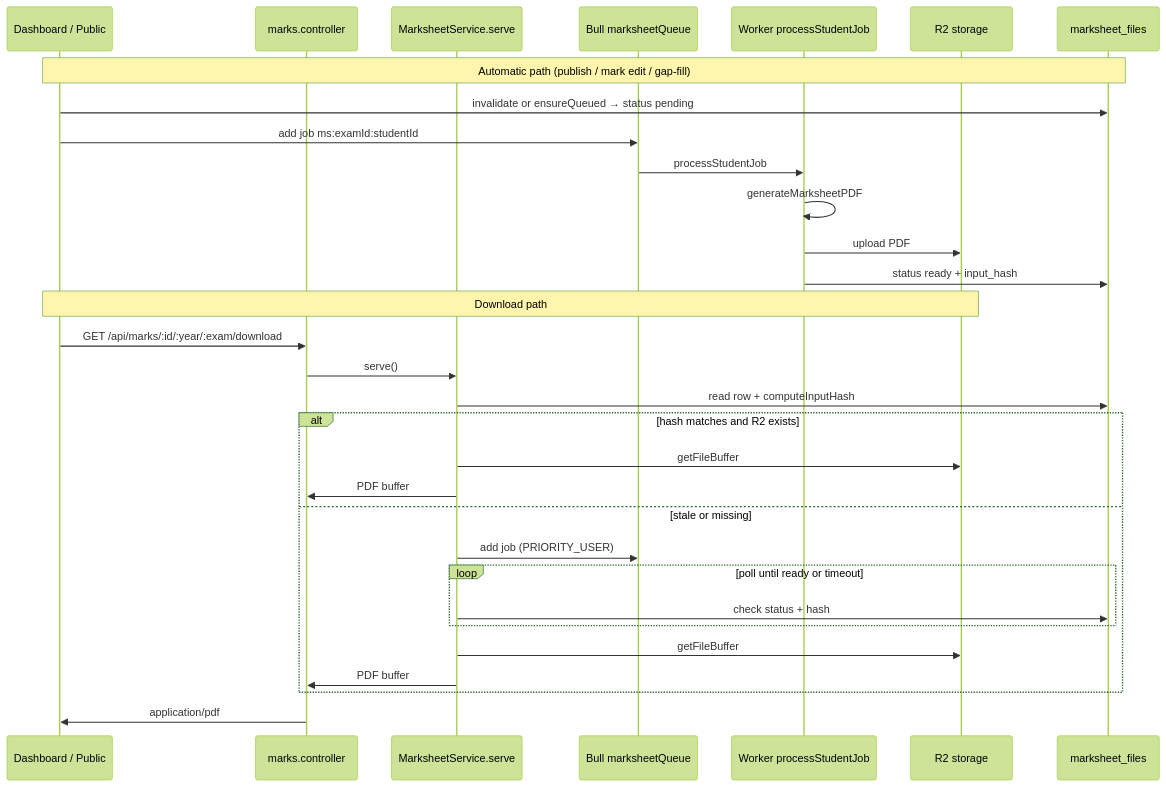
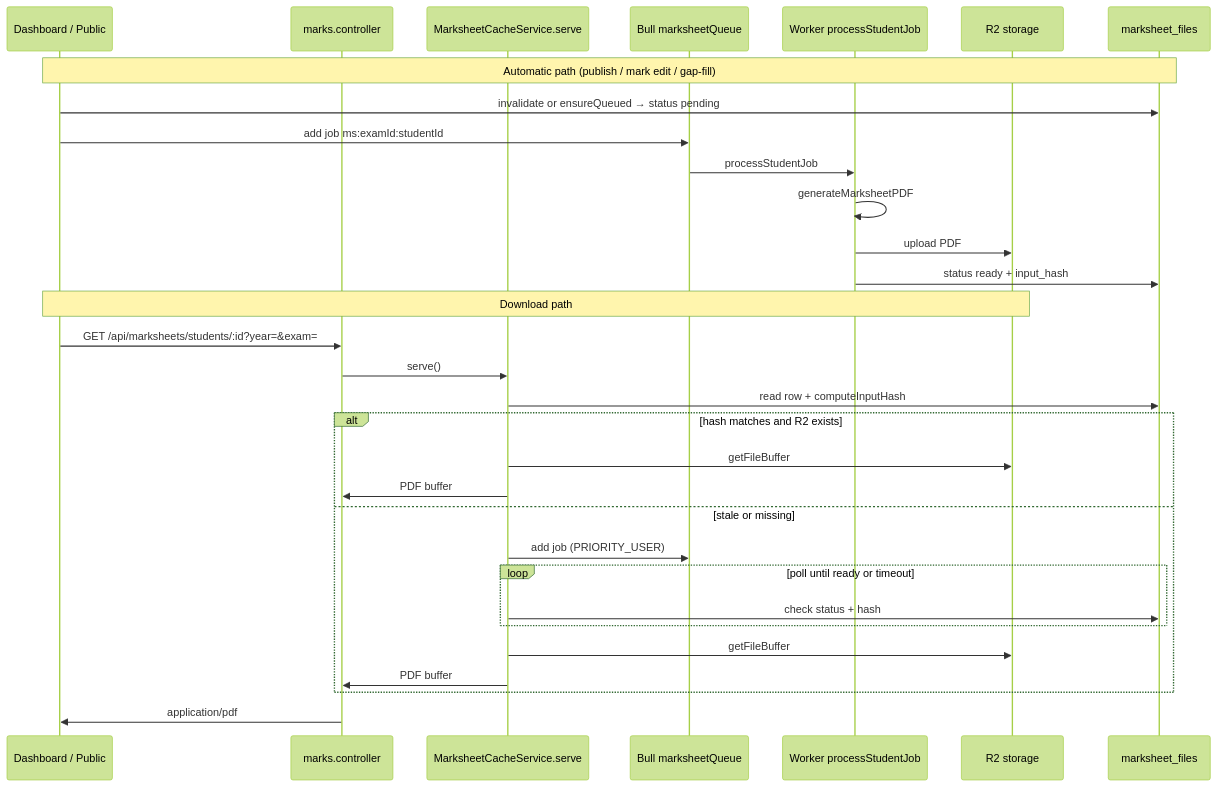
Before and after one commit to Mutiur03/School: the second of 5 diagrams in server/docs/marksheet-regeneration.md, drawn with Mermaid (forest theme). The commit also changed other lines of this file and 79 other files, not shown here.

````diff
--- a/server/docs/marksheet-regeneration.md
+++ b/server/docs/marksheet-regeneration.md
@@ -350,35 +350,35 @@
 ```mermaid
 sequenceDiagram
   participant UI as Dashboard / Public
   participant API as marks.controller
-  participant Svc as MarksheetService.serve
+  participant Svc as MarksheetCacheService.serve
   participant Q as Bull marksheetQueue
   participant W as Worker processStudentJob
   participant R2 as R2 storage
   participant DB as marksheet_files
 
   Note over UI,DB: Automatic path (publish / mark edit / gap-fill)
   UI->>DB: invalidate or ensureQueued → status pending
   UI->>Q: add job ms:examId:studentId
   Q->>W: processStudentJob
   W->>W: generateMarksheetPDF
   W->>R2: upload PDF
   W->>DB: status ready + input_hash
 
   Note over UI,R2: Download path
-  UI->>API: GET /api/marks/:id/:year/:exam/download
+  UI->>API: GET /api/marksheets/students/:id?year=&exam=
   API->>Svc: serve()
   Svc->>DB: read row + computeInputHash
   alt hash matches and R2 exists
     Svc->>R2: getFileBuffer
     Svc->>API: PDF buffer
   else stale or missing
     Svc->>Q: add job (PRIORITY_USER)
     loop poll until ready or timeout
       Svc->>DB: check status + hash
     end
     Svc->>R2: getFileBuffer
     Svc->>API: PDF buffer
   end
   API->>UI: application/pdf
 ```
````
